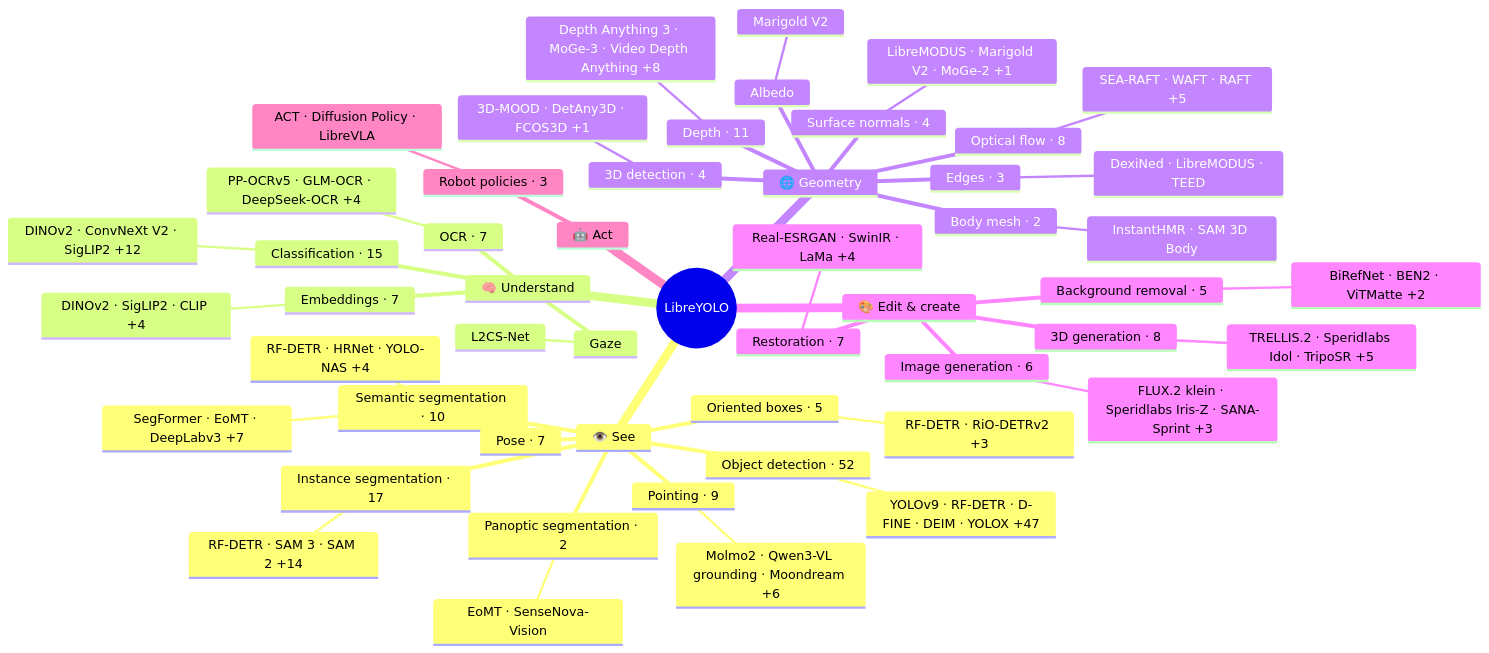
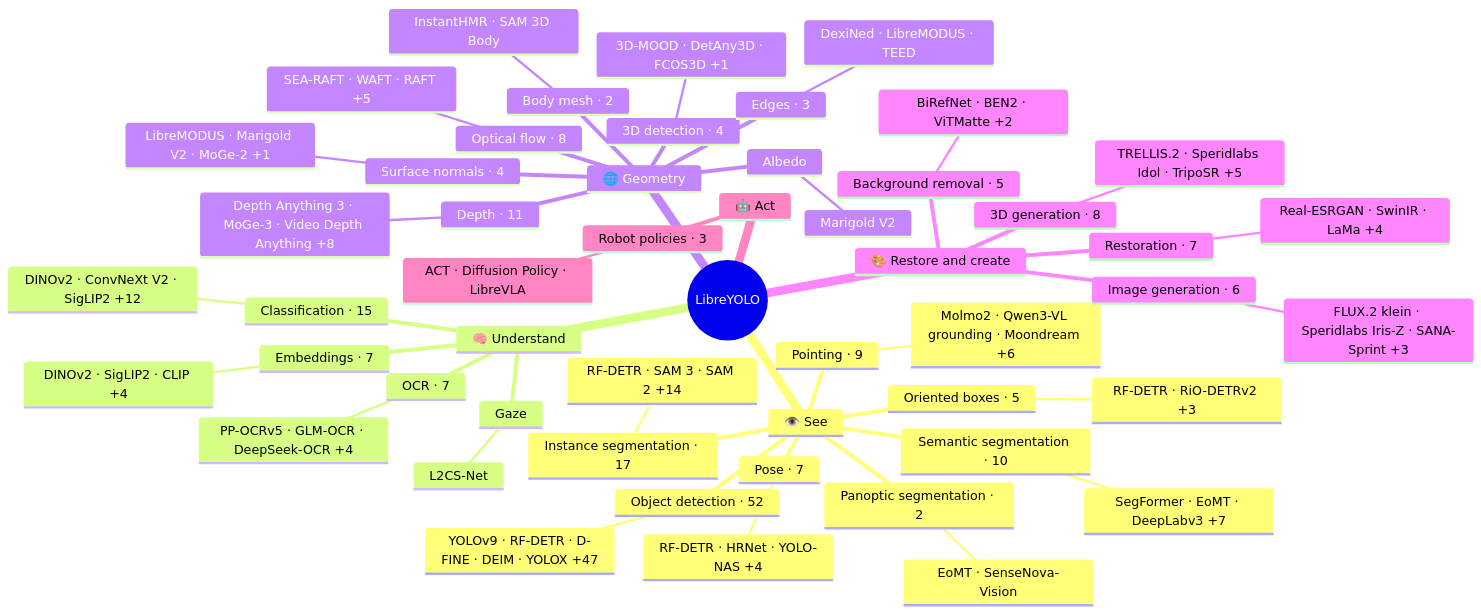
The diagram in README.md (LibreYOLO/libreyolo), drawn with Mermaid before and after one commit.

Commit message:
Avoid an ampersand in the model zoo mindmap

````diff
--- a/README.md
+++ b/README.md
@@ -161,55 +161,55 @@
 ```mermaid
 mindmap
   root((LibreYOLO))
     👁️ See
       Object detection · 52
         YOLOv9 · RF-DETR · D-FINE · DEIM · YOLOX +47
       Instance segmentation · 17
         RF-DETR · SAM 3 · SAM 2 +14
       Semantic segmentation · 10
         SegFormer · EoMT · DeepLabv3 +7
       Panoptic segmentation · 2
         EoMT · SenseNova-Vision
       Oriented boxes · 5
         RF-DETR · RiO-DETRv2 +3
       Pose · 7
         RF-DETR · HRNet · YOLO-NAS +4
       Pointing · 9
         Molmo2 · Qwen3-VL grounding · Moondream +6
     🧠 Understand
       Classification · 15
         DINOv2 · ConvNeXt V2 · SigLIP2 +12
       Embeddings · 7
         DINOv2 · SigLIP2 · CLIP +4
       OCR · 7
         PP-OCRv5 · GLM-OCR · DeepSeek-OCR +4
       Gaze
         L2CS-Net
     🌐 Geometry
       Depth · 11
         Depth Anything 3 · MoGe-3 · Video Depth Anything +8
       Surface normals · 4
         LibreMODUS · Marigold V2 · MoGe-2 +1
       Albedo
         Marigold V2
       Optical flow · 8
         SEA-RAFT · WAFT · RAFT +5
       3D detection · 4
         3D-MOOD · DetAny3D · FCOS3D +1
       Body mesh · 2
         InstantHMR · SAM 3D Body
       Edges · 3
         DexiNed · LibreMODUS · TEED
-    🎨 Edit & create
+    🎨 Restore and create
       Restoration · 7
         Real-ESRGAN · SwinIR · LaMa +4
       Background removal · 5
         BiRefNet · BEN2 · ViTMatte +2
       Image generation · 6
         FLUX.2 klein · Speridlabs Iris-Z · SANA-Sprint +3
       3D generation · 8
         TRELLIS.2 · Speridlabs Idol · TripoSR +5
     🤖 Act
       Robot policies · 3
         ACT · Diffusion Policy · LibreVLA
 ```
````
